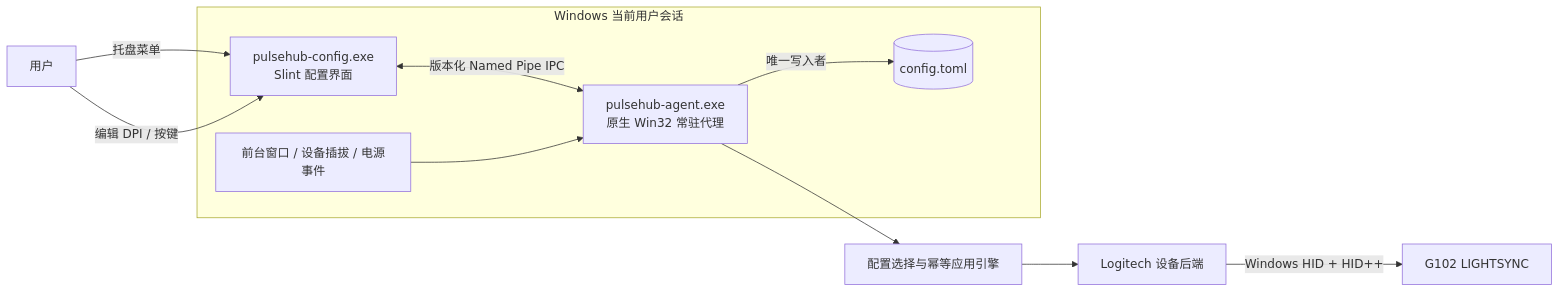
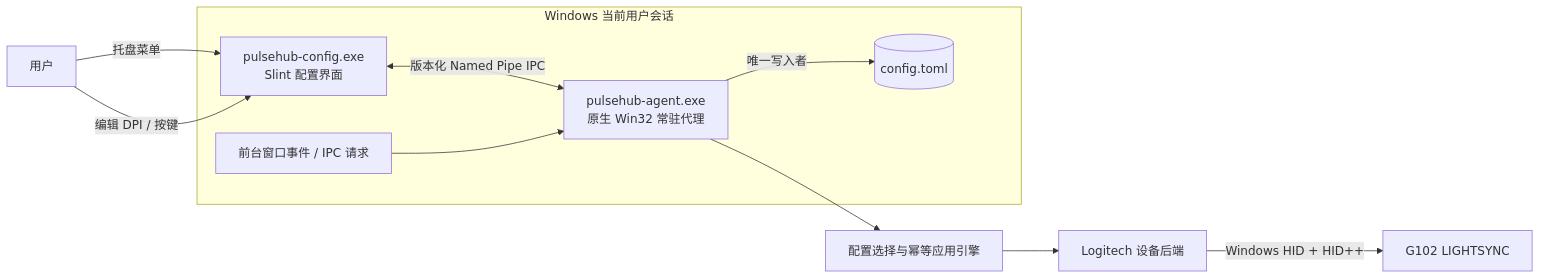
One commit to liukk222/PulseHub changed the diagram in docs/implementation/01-overview-and-architecture.md. Above: the diagram before and after it, drawn with Mermaid. The commit also changed other lines of this file and 7 other files, not shown here.

````diff
--- a/docs/implementation/01-overview-and-architecture.md
+++ b/docs/implementation/01-overview-and-architecture.md
@@ -67,19 +67,19 @@
 ```mermaid
 flowchart LR
     User["用户"] -->|"托盘菜单"| UI
     User -->|"编辑 DPI / 按键"| UI
 
     subgraph Session["Windows 当前用户会话"]
         Agent["pulsehub-agent.exe<br/>原生 Win32 常驻代理"]
         UI["pulsehub-config.exe<br/>Slint 配置界面"]
         Store[("config.toml")]
 
         UI <-->|"版本化 Named Pipe IPC"| Agent
         Agent -->|"唯一写入者"| Store
-        Events["前台窗口 / 设备插拔 / 电源事件"] --> Agent
+        Events["前台窗口事件 / IPC 请求"] --> Agent
     end
 
     Agent --> Engine["配置选择与幂等应用引擎"]
     Engine --> Backend["Logitech 设备后端"]
     Backend -->|"Windows HID + HID++"| Mouse["G102 LIGHTSYNC"]
 ```
````
